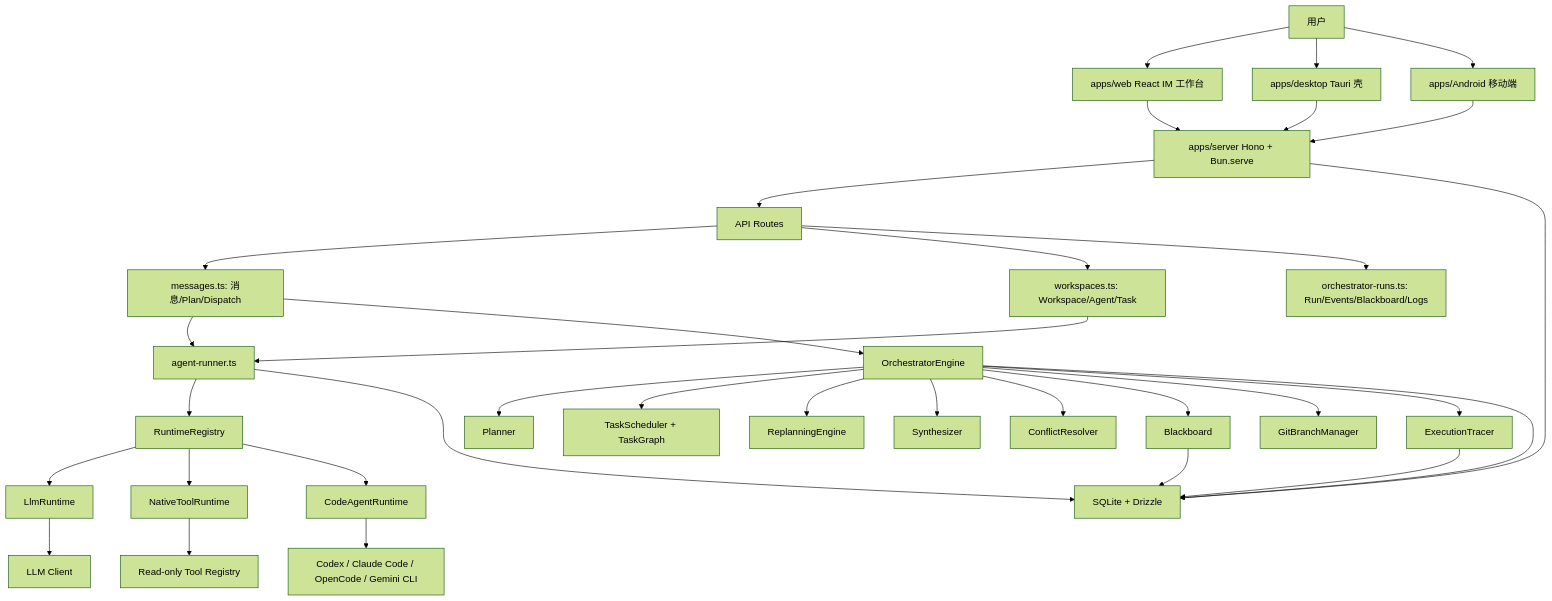
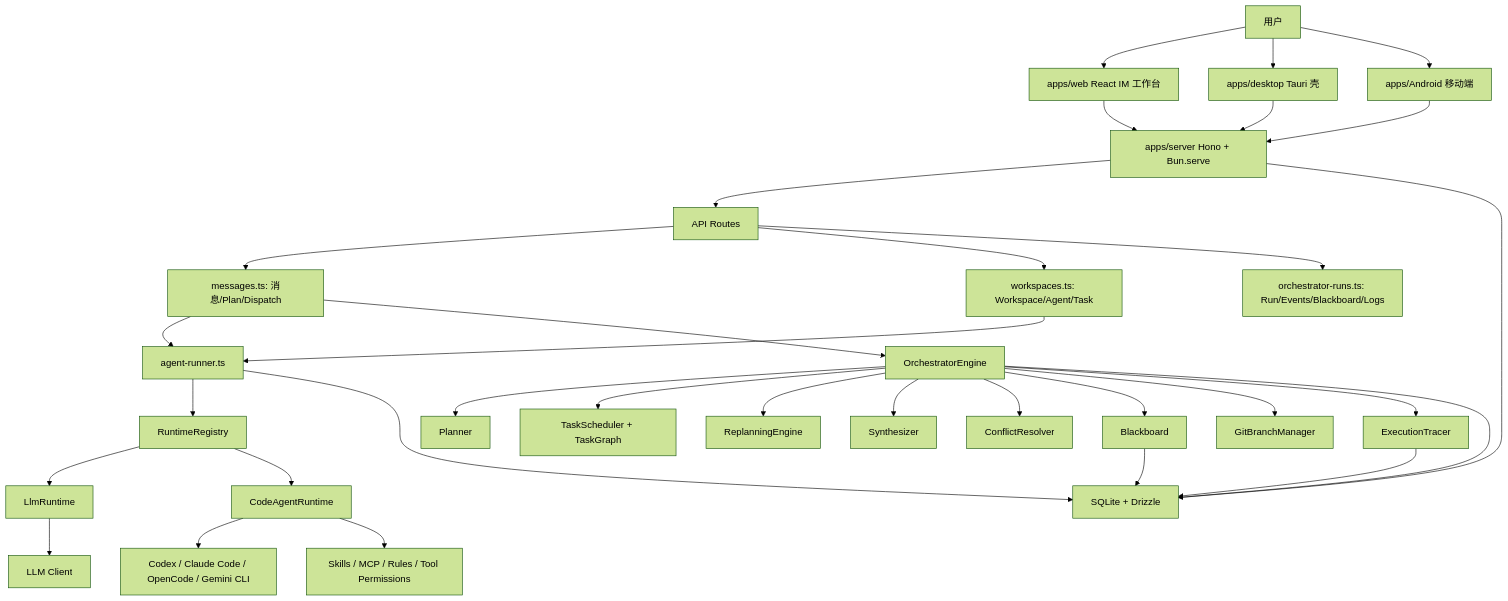
One commit to metrogg/AgentHub changed the first of 5 diagrams in docs/AgentHub-项目全景与多Agent协作重构指南.md. Above: the diagram before and after it, drawn with Mermaid (forest theme). The commit also changed other lines of this file and 41 other files, not shown here.

First line of the commit message:
refactor: 清理 runtime 身份模型，收敛为 code-agent 和 llm 两类

````diff
--- a/docs/AgentHub-项目全景与多Agent协作重构指南.md
+++ b/docs/AgentHub-项目全景与多Agent协作重构指南.md
@@ -103,43 +104,42 @@
 ```mermaid
 flowchart TB
   User["用户"] --> Web["apps/web React IM 工作台"]
   User --> Desktop["apps/desktop Tauri 壳"]
   User --> Android["apps/Android 移动端"]
 
   Desktop --> Server["apps/server Hono + Bun.serve"]
   Web --> Server
   Android --> Server
 
   Server --> Routes["API Routes"]
   Routes --> Messages["messages.ts: 消息/Plan/Dispatch"]
   Routes --> Workspaces["workspaces.ts: Workspace/Agent/Task"]
   Routes --> Runs["orchestrator-runs.ts: Run/Events/Blackboard/Logs"]
 
   Messages --> Runner["agent-runner.ts"]
   Workspaces --> Runner
   Messages --> Orch["OrchestratorEngine"]
 
   Runner --> Registry["RuntimeRegistry"]
   Registry --> LLM["LlmRuntime"]
-  Registry --> Native["NativeToolRuntime"]
   Registry --> Code["CodeAgentRuntime"]
 
   Code --> CLI["Codex / Claude Code / OpenCode / Gemini CLI"]
-  Native --> Tools["Read-only Tool Registry"]
+  Code --> Capabilities["Skills / MCP / Rules / Tool Permissions"]
   LLM --> LLMClient["LLM Client"]
 
   Orch --> Planner["Planner"]
   Orch --> Scheduler["TaskScheduler + TaskGraph"]
   Orch --> Replan["ReplanningEngine"]
   Orch --> Synth["Synthesizer"]
   Orch --> Conflict["ConflictResolver"]
   Orch --> BB["Blackboard"]
   Orch --> Git["GitBranchManager"]
   Orch --> Trace["ExecutionTracer"]
 
   Server --> DB["SQLite + Drizzle"]
   BB --> DB
   Trace --> DB
   Orch --> DB
   Runner --> DB
 ```
````
